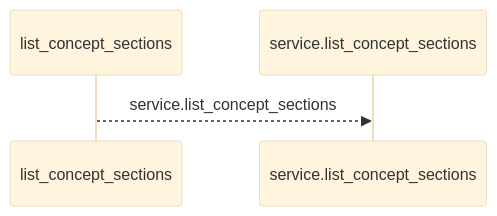
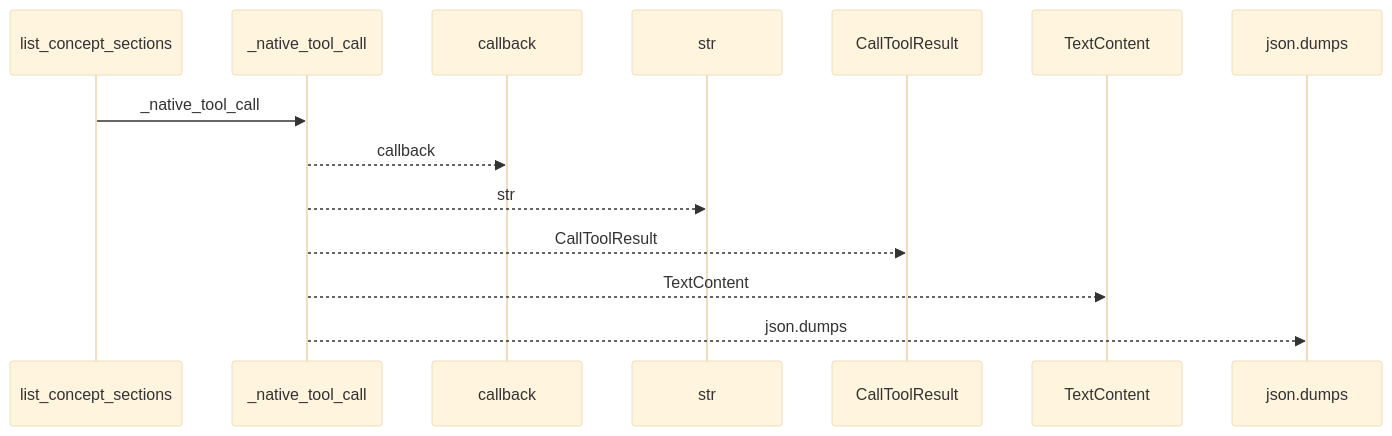
Before and after one commit to Denissvgn/python-wiki-llm: the first of 2 diagrams in docs/llm_wiki/flows/mcp-list_concept_sections.md, drawn with Mermaid (base theme). The commit also changed other lines of this file and 398 other files, not shown here.

````diff
--- a/docs/llm_wiki/flows/mcp-list_concept_sections.md
+++ b/docs/llm_wiki/flows/mcp-list_concept_sections.md
@@ -10,6 +10,16 @@
 ```mermaid
 sequenceDiagram
     participant p0 as list_concept_sections
-    participant p1 as service.list_concept_sections
-    p0-->>p1: service.list_concept_sections
+    participant p1 as _native_tool_call
+    participant p2 as callback
+    participant p3 as str
+    participant p4 as CallToolResult
+    participant p5 as TextContent
+    participant p6 as json.dumps
+    p0->>p1: _native_tool_call
+    p1-->>p2: callback
+    p1-->>p3: str
+    p1-->>p4: CallToolResult
+    p1-->>p5: TextContent
+    p1-->>p6: json.dumps
 ```
````
